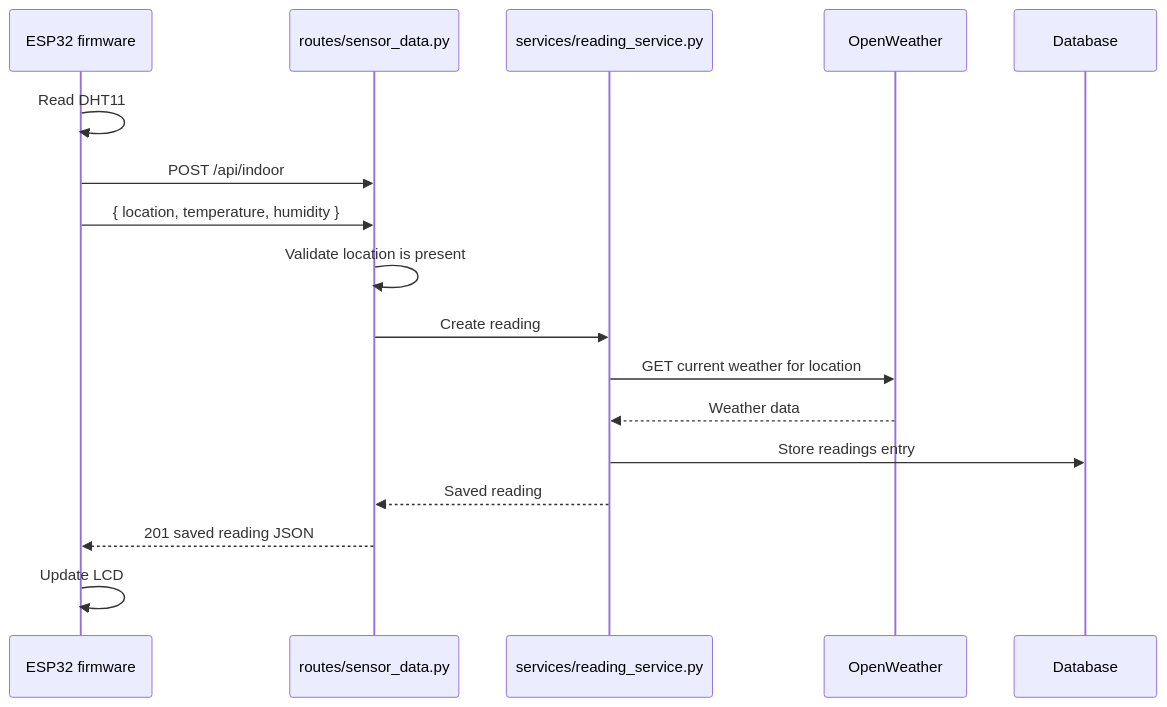
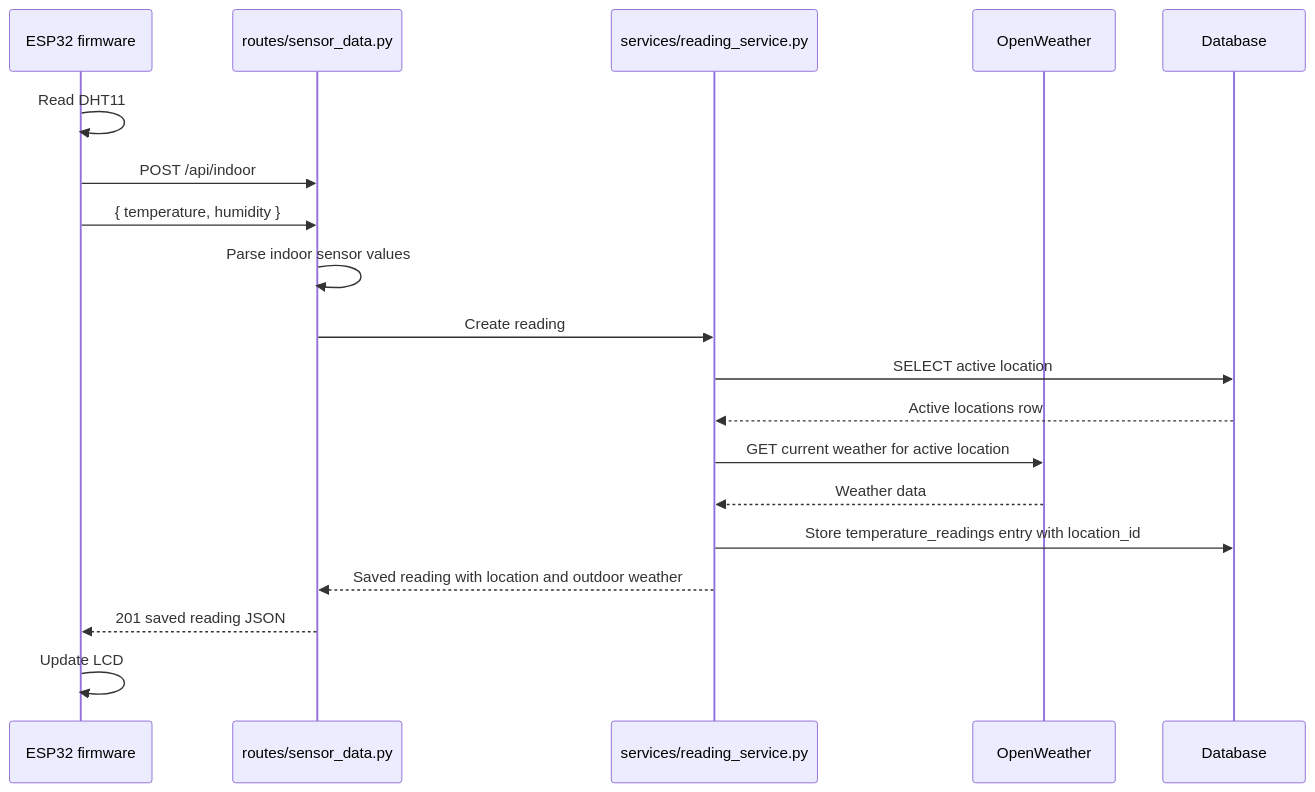
The first of 2 diagrams in docs/sequence-diagram.md (Dylanlucas01/esp32-temperature-monitoring), drawn with Mermaid before and after one commit. The commit also changed other lines of this file and 4 other files, not shown here.

Commit message:
update docs for new saved location workflow

````diff
--- a/docs/sequence-diagram.md
+++ b/docs/sequence-diagram.md
@@ -5,20 +5,22 @@
 ```mermaid
 sequenceDiagram
     participant ESP32 as ESP32 firmware
     participant Routes as routes/sensor_data.py
     participant Service as services/reading_service.py
     participant Weather as OpenWeather
     participant DB as Database
 
     ESP32->>ESP32: Read DHT11
     ESP32->>Routes: POST /api/indoor
-    ESP32->>Routes: { location, temperature, humidity }
-    Routes->>Routes: Validate location is present
+    ESP32->>Routes: { temperature, humidity }
+    Routes->>Routes: Parse indoor sensor values
     Routes->>Service: Create reading
-    Service->>Weather: GET current weather for location
+    Service->>DB: SELECT active location
+    DB-->>Service: Active locations row
+    Service->>Weather: GET current weather for active location
     Weather-->>Service: Weather data
-    Service->>DB: Store readings entry
-    Service-->>Routes: Saved reading
+    Service->>DB: Store temperature_readings entry with location_id
+    Service-->>Routes: Saved reading with location and outdoor weather
     Routes-->>ESP32: 201 saved reading JSON
     ESP32->>ESP32: Update LCD
 ```
````
